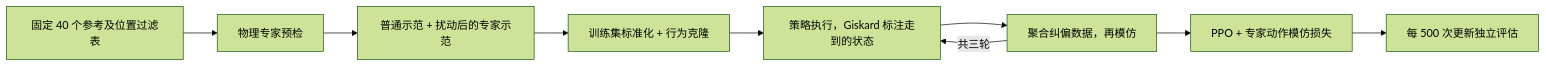
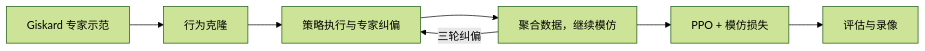
The diagram in README.md (zhiyuan-gao/garmi-mobile-grasp-rl), drawn with Mermaid (forest theme) before and after one commit. The commit also changed other lines of this file and 1 other file, not shown here.

````diff
--- a/README.md
+++ b/README.md
@@ -11,11 +17,9 @@
 ```mermaid
 flowchart LR
-    A[固定 40 个参考及位置过滤表] --> B[物理专家预检]
-    B --> C[普通示范 + 扰动后的专家示范]
-    C --> D[训练集标准化 + 行为克隆]
-    D --> E[策略执行，Giskard 标注走到的状态]
-    E --> F[聚合纠偏数据，再模仿]
-    F -->|共三轮| E
-    F --> G[PPO + 专家动作模仿损失]
-    G --> H[每 500 次更新独立评估]
+    A[Giskard 专家示范] --> B[行为克隆]
+    B --> C[策略执行与专家纠偏]
+    C --> D[聚合数据，继续模仿]
+    D -->|三轮纠偏| C
+    D --> E[PPO + 模仿损失]
+    E --> F[评估与录像]
 ```
````
